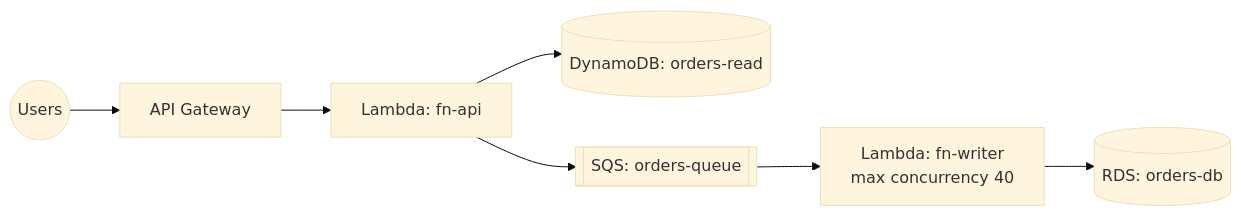
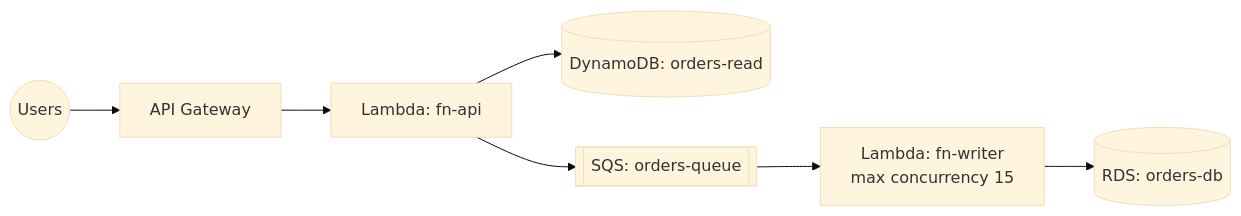
The fourth of 4 diagrams in docs/design/mvp-design.md (alanbickel/wind-tunnel), drawn with Mermaid (base theme) before and after one commit. The commit also changed other lines of this file and 6 other files, not shown here.

````diff
--- a/docs/design/mvp-design.md
+++ b/docs/design/mvp-design.md
@@ -329,9 +329,9 @@
 ```mermaid
 flowchart LR
     U((Users)) --> API[API Gateway]
     API --> FN[Lambda: fn-api]
     FN --> DDB[(DynamoDB: orders-read)]
     FN --> Q[[SQS: orders-queue]]
-    Q --> W[Lambda: fn-writer<br/>max concurrency 40]
+    Q --> W[Lambda: fn-writer<br/>max concurrency 15]
     W --> DB[(RDS: orders-db)]
 ```
````
